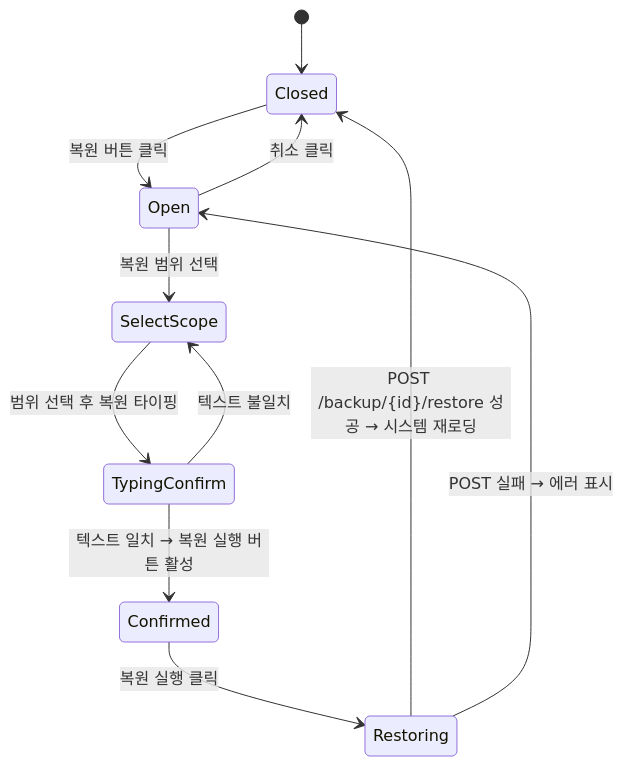
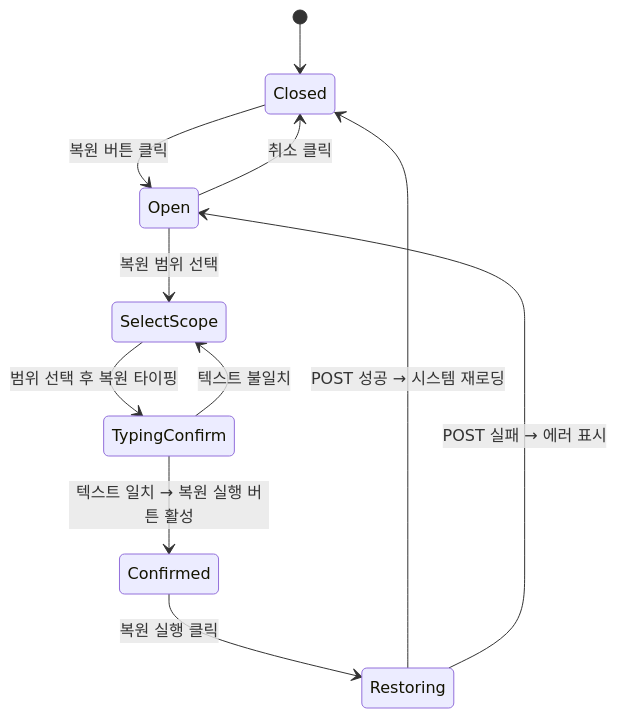
Before and after one commit to dev-spogym/admin-pando: the diagram in docs/다이어그램/D09_설정관리/DLG/DLG-089-001_데이터복원확인/M1_생명주기.md, drawn with Mermaid. The commit also changed other lines of this file and 1660 other files, not shown here.

First line of the commit message:
다이어그램: 기획자/클라이언트 납품본으로 정리

````diff
--- a/docs/다이어그램/D09_설정관리/DLG/DLG-089-001_데이터복원확인/M1_생명주기.md
+++ b/docs/다이어그램/D09_설정관리/DLG/DLG-089-001_데이터복원확인/M1_생명주기.md
@@ -14,13 +12,13 @@
 ```mermaid
 stateDiagram-v2
     [*] --> Closed
     Closed --> Open: 복원 버튼 클릭
     Open --> SelectScope: 복원 범위 선택
     SelectScope --> TypingConfirm: 범위 선택 후 복원 타이핑
     TypingConfirm --> Confirmed: 텍스트 일치 → 복원 실행 버튼 활성
     TypingConfirm --> SelectScope: 텍스트 불일치
     Confirmed --> Restoring: 복원 실행 클릭
-    Restoring --> Closed: POST /backup/{id}/restore 성공 → 시스템 재로딩
+    Restoring --> Closed: POST 성공 → 시스템 재로딩
     Restoring --> Open: POST 실패 → 에러 표시
     Open --> Closed: 취소 클릭
 ```
````
